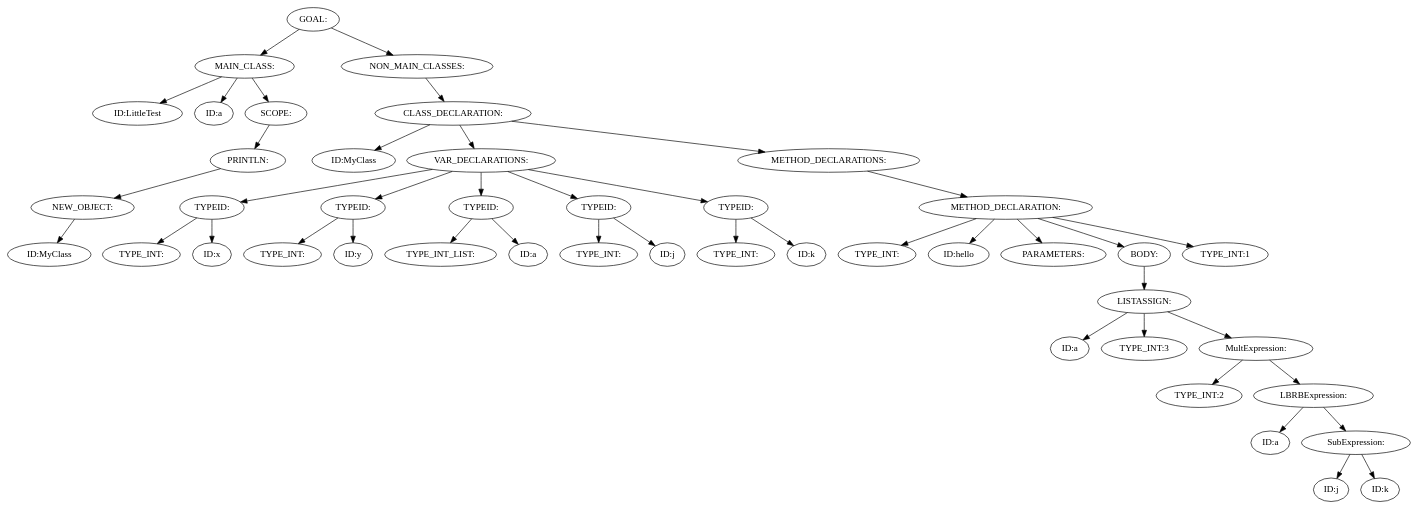
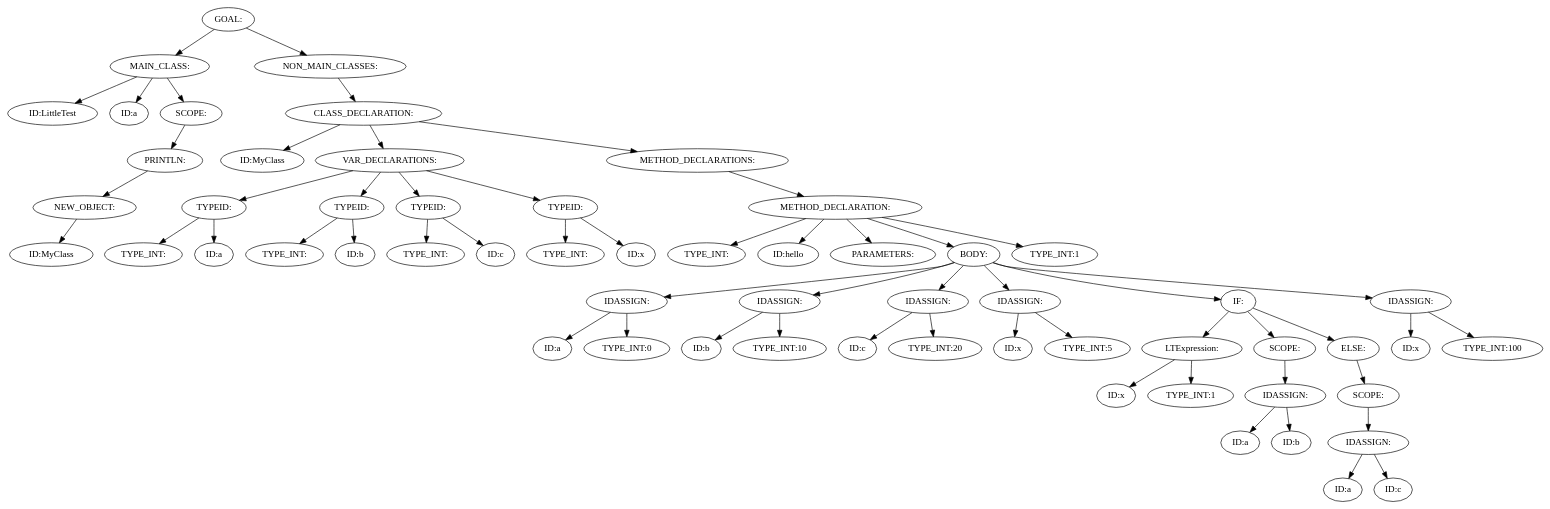
One commit to RealNexa/DV1655-compiler changed the diagram in getting_started/tree.dot. Above: the diagram before and after it, drawn with Graphviz. The commit also changed 8 other files, not shown here.

```diff
--- a/getting_started/tree.dot
+++ b/getting_started/tree.dot
@@ -1,89 +1,119 @@
 digraph {
 n0 [label="GOAL:"];
 n1 [label="MAIN_CLASS:"];
 n2 [label="ID:LittleTest"];
 n1 -> n2
 n3 [label="ID:a"];
 n1 -> n3
 n4 [label="SCOPE:"];
 n5 [label="PRINTLN:"];
 n6 [label="NEW_OBJECT:"];
 n7 [label="ID:MyClass"];
 n6 -> n7
 n5 -> n6
 n4 -> n5
 n1 -> n4
 n0 -> n1
 n8 [label="NON_MAIN_CLASSES:"];
 n9 [label="CLASS_DECLARATION:"];
 n10 [label="ID:MyClass"];
 n9 -> n10
 n11 [label="VAR_DECLARATIONS:"];
 n12 [label="TYPEID:"];
 n13 [label="TYPE_INT:"];
 n12 -> n13
-n14 [label="ID:x"];
+n14 [label="ID:a"];
 n12 -> n14
 n11 -> n12
 n15 [label="TYPEID:"];
 n16 [label="TYPE_INT:"];
 n15 -> n16
-n17 [label="ID:y"];
+n17 [label="ID:b"];
 n15 -> n17
 n11 -> n15
 n18 [label="TYPEID:"];
-n19 [label="TYPE_INT_LIST:"];
+n19 [label="TYPE_INT:"];
 n18 -> n19
-n20 [label="ID:a"];
+n20 [label="ID:c"];
 n18 -> n20
 n11 -> n18
 n21 [label="TYPEID:"];
 n22 [label="TYPE_INT:"];
 n21 -> n22
-n23 [label="ID:j"];
+n23 [label="ID:x"];
 n21 -> n23
 n11 -> n21
-n24 [label="TYPEID:"];
-n25 [label="TYPE_INT:"];
+n9 -> n11
+n24 [label="METHOD_DECLARATIONS:"];
+n25 [label="METHOD_DECLARATION:"];
+n26 [label="TYPE_INT:"];
+n25 -> n26
+n27 [label="ID:hello"];
+n25 -> n27
+n28 [label="PARAMETERS:"];
+n25 -> n28
+n29 [label="BODY:"];
+n30 [label="IDASSIGN:"];
+n31 [label="ID:a"];
+n30 -> n31
+n32 [label="TYPE_INT:0"];
+n30 -> n32
+n29 -> n30
+n33 [label="IDASSIGN:"];
+n34 [label="ID:b"];
+n33 -> n34
+n35 [label="TYPE_INT:10"];
+n33 -> n35
+n29 -> n33
+n36 [label="IDASSIGN:"];
+n37 [label="ID:c"];
+n36 -> n37
+n38 [label="TYPE_INT:20"];
+n36 -> n38
+n29 -> n36
+n39 [label="IDASSIGN:"];
+n40 [label="ID:x"];
+n39 -> n40
+n41 [label="TYPE_INT:5"];
+n39 -> n41
+n29 -> n39
+n42 [label="IF:"];
+n43 [label="LTExpression:"];
+n44 [label="ID:x"];
+n43 -> n44
+n45 [label="TYPE_INT:1"];
+n43 -> n45
+n42 -> n43
+n46 [label="SCOPE:"];
+n47 [label="IDASSIGN:"];
+n48 [label="ID:a"];
+n47 -> n48
+n49 [label="ID:b"];
+n47 -> n49
+n46 -> n47
+n42 -> n46
+n50 [label="ELSE:"];
+n51 [label="SCOPE:"];
+n52 [label="IDASSIGN:"];
+n53 [label="ID:a"];
+n52 -> n53
+n54 [label="ID:c"];
+n52 -> n54
+n51 -> n52
+n50 -> n51
+n42 -> n50
+n29 -> n42
+n55 [label="IDASSIGN:"];
+n56 [label="ID:x"];
+n55 -> n56
+n57 [label="TYPE_INT:100"];
+n55 -> n57
+n29 -> n55
+n25 -> n29
+n58 [label="TYPE_INT:1"];
+n25 -> n58
 n24 -> n25
-n26 [label="ID:k"];
-n24 -> n26
-n11 -> n24
-n9 -> n11
-n27 [label="METHOD_DECLARATIONS:"];
-n28 [label="METHOD_DECLARATION:"];
-n29 [label="TYPE_INT:"];
-n28 -> n29
-n30 [label="ID:hello"];
-n28 -> n30
-n31 [label="PARAMETERS:"];
-n28 -> n31
-n32 [label="BODY:"];
-n33 [label="LISTASSIGN:"];
-n34 [label="ID:a"];
-n33 -> n34
-n35 [label="TYPE_INT:3"];
-n33 -> n35
-n36 [label="MultExpression:"];
-n37 [label="TYPE_INT:2"];
-n36 -> n37
-n38 [label="LBRBExpression:"];
-n39 [label="ID:a"];
-n38 -> n39
-n40 [label="SubExpression:"];
-n41 [label="ID:j"];
-n40 -> n41
-n42 [label="ID:k"];
-n40 -> n42
-n38 -> n40
-n36 -> n38
-n33 -> n36
-n32 -> n33
-n28 -> n32
-n43 [label="TYPE_INT:1"];
-n28 -> n43
-n27 -> n28
-n9 -> n27
+n9 -> n24
 n8 -> n9
 n0 -> n8
 }
```
